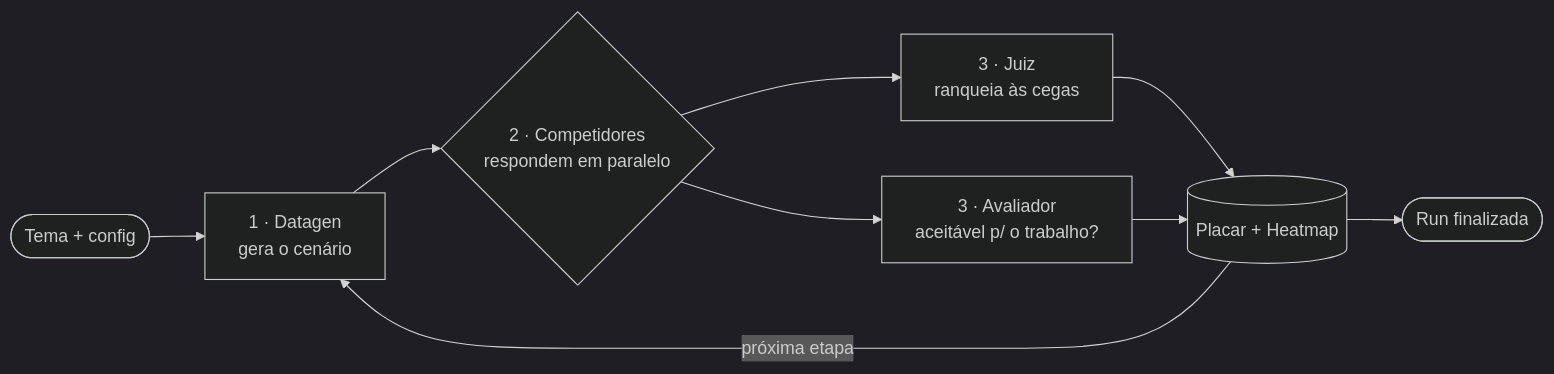
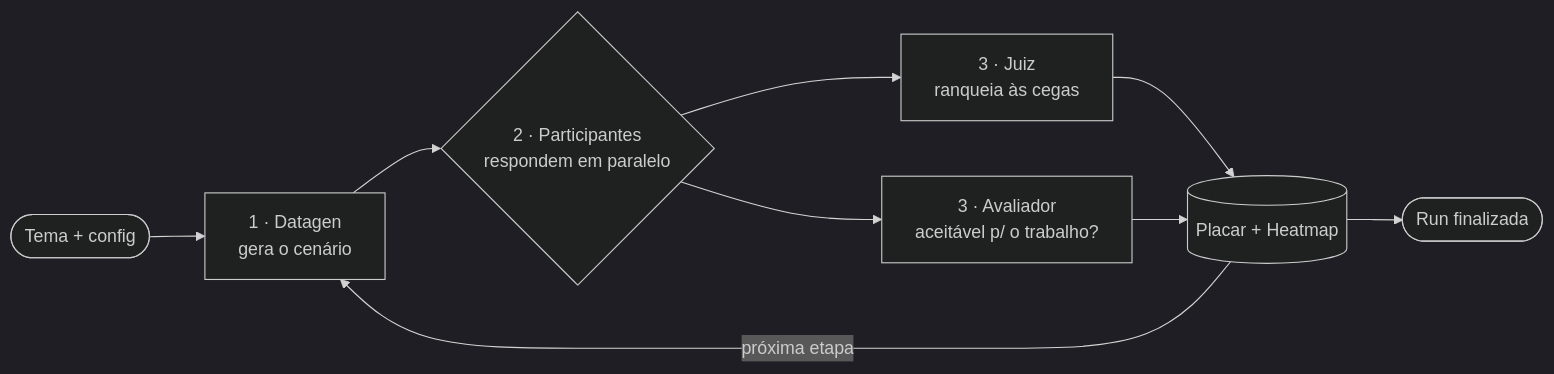
The first of 2 diagrams in README.md (frederico-kluser/ai-benchmark), drawn with Mermaid (dark theme) before and after one commit. The commit also changed other lines of this file and 21 other files, not shown here.

````diff
--- a/README.md
+++ b/README.md
@@ -41,11 +46,11 @@
 ```mermaid
 flowchart LR
   T([Tema + config]) --> DG[1 · Datagen<br/>gera o cenário]
-  DG --> C{2 · Competidores<br/>respondem em paralelo}
+  DG --> C{2 · Participantes<br/>respondem em paralelo}
   C --> J[3 · Juiz<br/>ranqueia às cegas]
   C --> E[3 · Avaliador<br/>aceitável p/ o trabalho?]
   J --> S[(Placar + Heatmap)]
   E --> S
   S -->|próxima etapa| DG
   S --> R([Run finalizada])
 ```
````
